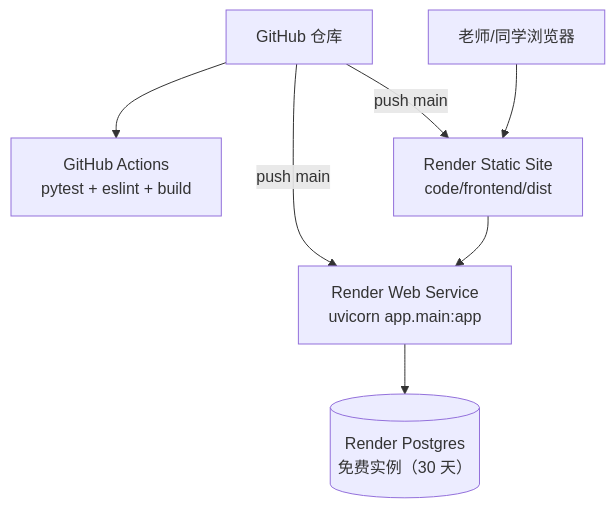
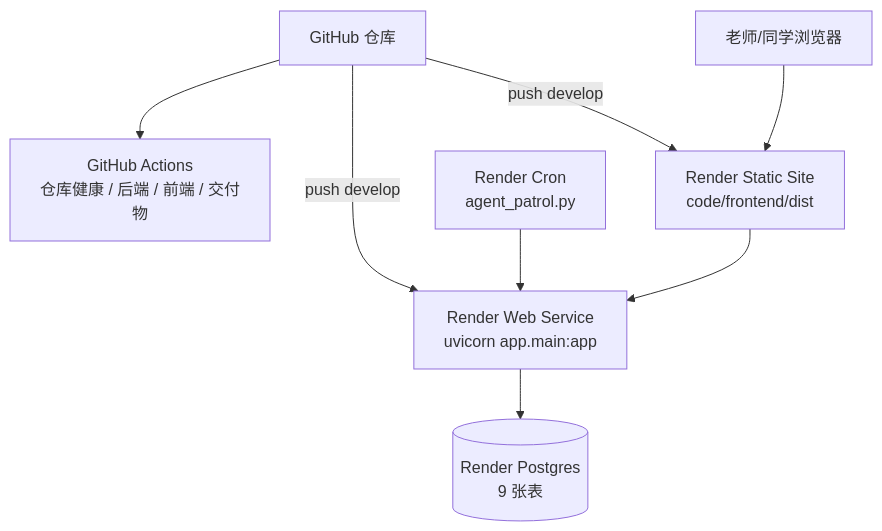
Before and after one commit to July75-bit/Innovation: the fourth of 4 diagrams in docs/software/architecture.md, drawn with Mermaid. The commit also changed other lines of this file and 28 other files, not shown here.

````diff
--- a/docs/software/architecture.md
+++ b/docs/software/architecture.md
@@ -126,9 +126,10 @@
 ```mermaid
 flowchart TB
-    GH["GitHub 仓库"] --> CI["GitHub Actions<br/>pytest + eslint + build"]
-    GH -- "push main" --> R1["Render Static Site<br/>code/frontend/dist"]
-    GH -- "push main" --> R2["Render Web Service<br/>uvicorn app.main:app"]
-    R2 --> DB[("Render Postgres<br/>免费实例（30 天）")]
+    GH["GitHub 仓库"] --> CI["GitHub Actions<br/>仓库健康 / 后端 / 前端 / 交付物"]
+    GH -- "push develop" --> R1["Render Static Site<br/>code/frontend/dist"]
+    GH -- "push develop" --> R2["Render Web Service<br/>uvicorn app.main:app"]
+    R2 --> DB[("Render Postgres<br/>9 张表")]
+    CR["Render Cron<br/>agent_patrol.py"] --> R2
     U["老师/同学浏览器"] --> R1
     R1 --> R2
 ```
````
